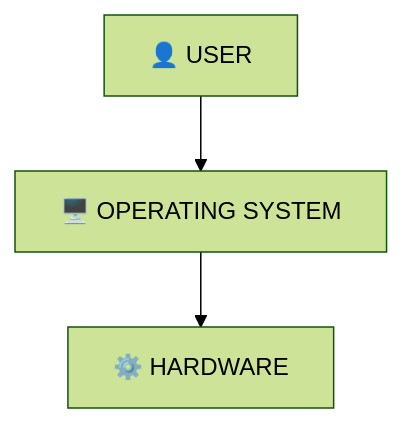
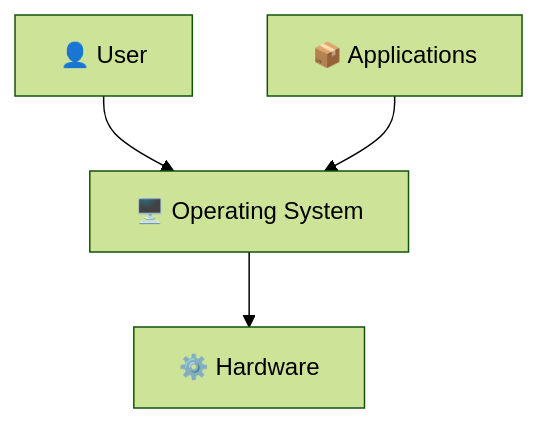
One commit to Yuvii2102/My-Devops-Cloud-Journey changed the second of 14 diagrams in Linux/02-Fundamentals-Of-Linux/README.md. Above: the diagram before and after it, drawn with Mermaid (forest theme). The commit also changed other lines of this file, not shown here.

````diff
--- a/Linux/02-Fundamentals-Of-Linux/README.md
+++ b/Linux/02-Fundamentals-Of-Linux/README.md
@@ -16,9 +141,11 @@
 ```mermaid
-flowchart TB
-    U["👤 USER"]
-    OS["🖥️ OPERATING SYSTEM"]
-    H["⚙️ HARDWARE"]
+flowchart TD
+    USER["👤 User"]
+    APP["📦 Applications"]
+    OS["🖥️ Operating System"]
+    HW["⚙️ Hardware"]
 
-    U --> OS
-    OS --> H
+    USER --> OS
+    APP --> OS
+    OS --> HW
 ```
````
